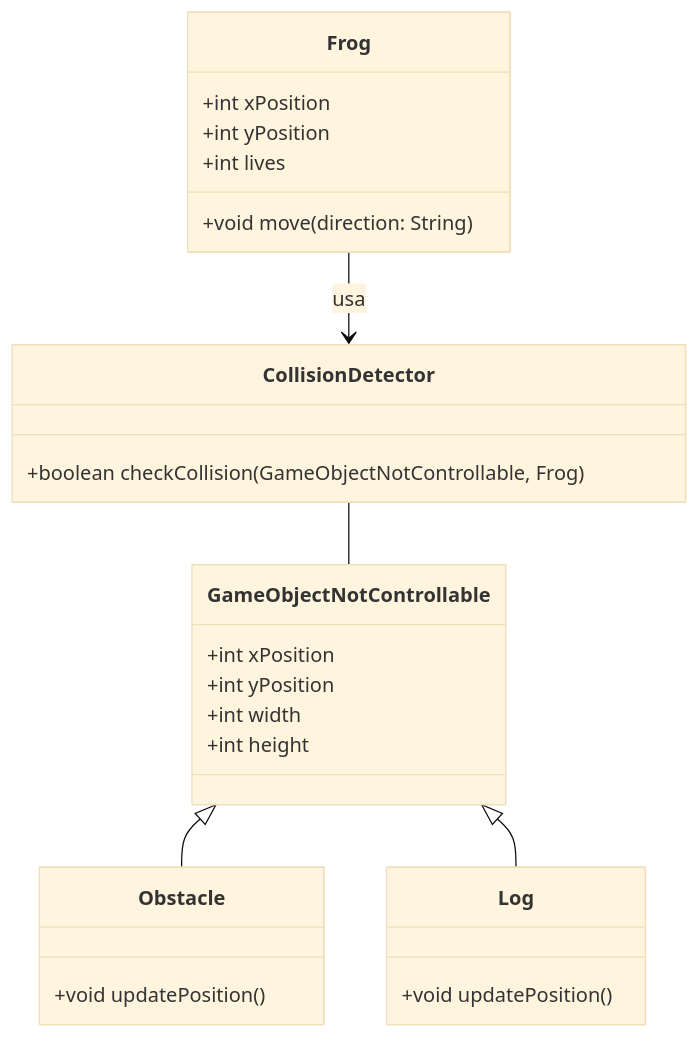
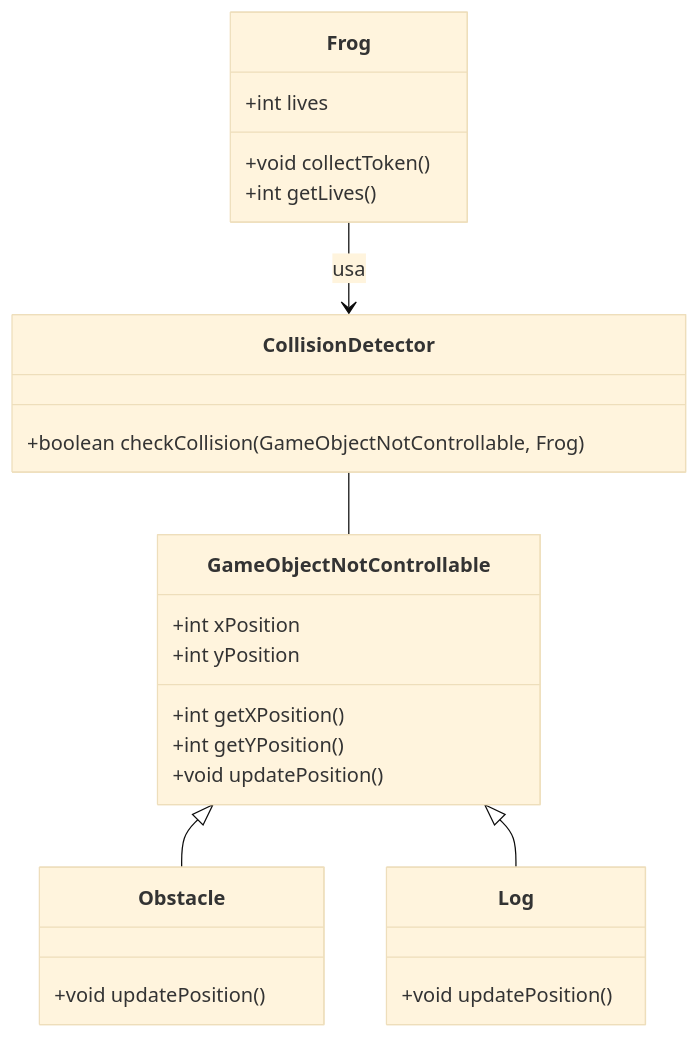
One commit to giuliavanni/frogger changed the fourth of 4 diagrams in README.md. Above: the diagram before and after it, drawn with Mermaid (base theme). The commit also changed other lines of this file, not shown here.

Commit message:
UPDATE README to modify Frog class methods and enhance GameObjectNotControllable with position getters and updatePosition method

````diff
--- a/README.md
+++ b/README.md
@@ -187,28 +187,28 @@
 ```mermaid
 classDiagram
     class Frog {
-        +int xPosition
-        +int yPosition
         +int lives
-        +void move(direction: String)
+        +void collectToken()
+        +int getLives()
     }
     class CollisionDetector {
         +boolean checkCollision(GameObjectNotControllable, Frog)
     }
-    class GameObjectNotControllable {
+    class GameObjectNotControllable{
         +int xPosition
         +int yPosition
-        +int width
-        +int height
+        +int getXPosition()
+        +int getYPosition()
+        +void updatePosition()
     }
     class Obstacle {
         +void updatePosition()
     }
     class Log {
         +void updatePosition()
     }
     Frog --> CollisionDetector : usa
     CollisionDetector -- GameObjectNotControllable
     GameObjectNotControllable <|-- Obstacle
     GameObjectNotControllable <|-- Log
 ```
````
